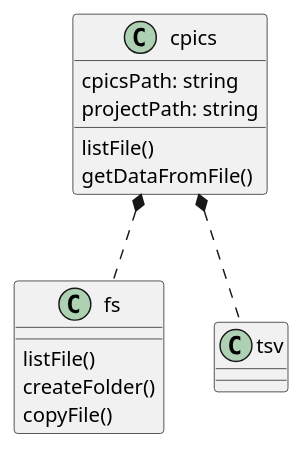
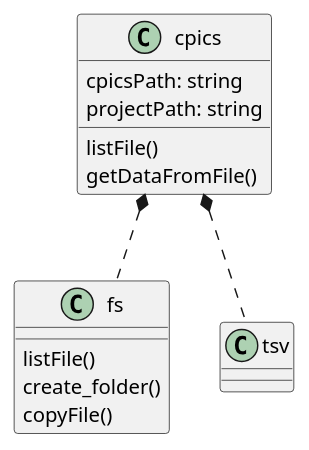
The diagram in docs/cpics_process.plantuml (ecotaxa/ecotaxa_pipeline), drawn with PlantUML before and after one commit. The commit also changed 9 other files, not shown here.

```diff
--- a/docs/cpics_process.plantuml
+++ b/docs/cpics_process.plantuml
@@ -3,23 +3,23 @@
 @startuml
 
 class cpics{
     cpicsPath: string
     projectPath: string
 
     listFile()
     getDataFromFile()
 }
 
 class fs {
     listFile()
-    createFolder()
+    create_folder()
     copyFile()
 }
 
 class tsv 
 
 cpics *.. tsv
 cpics *.. fs
 
 
 @enduml
```
